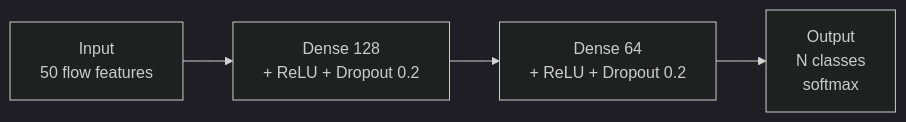
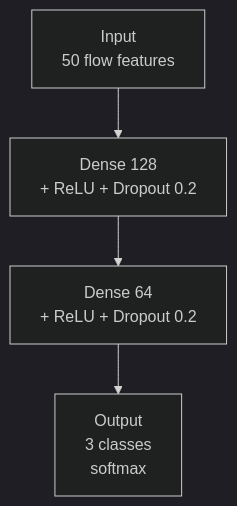
The sixth of 6 diagrams in readme.md (HAMZOO0/Flow-Based-IDS-with-Heuristic-DL-Fusion), drawn with Mermaid (dark theme) before and after one commit. The commit also changed other lines of this file and 11 other files, not shown here.

````diff
--- a/readme.md
+++ b/readme.md
@@ -125,6 +194,6 @@
 ```mermaid
-graph LR
+graph TD
     IN["Input\n50 flow features"] --> L1["Dense 128\n+ ReLU + Dropout 0.2"]
     L1 --> L2["Dense 64\n+ ReLU + Dropout 0.2"]
-    L2 --> OUT["Output\nN classes\nsoftmax"]
+    L2 --> OUT["Output\n3 classes\nsoftmax"]
 ```
````
